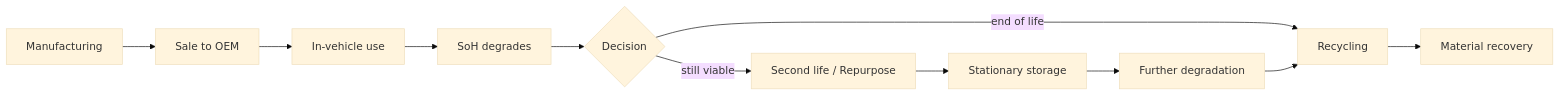
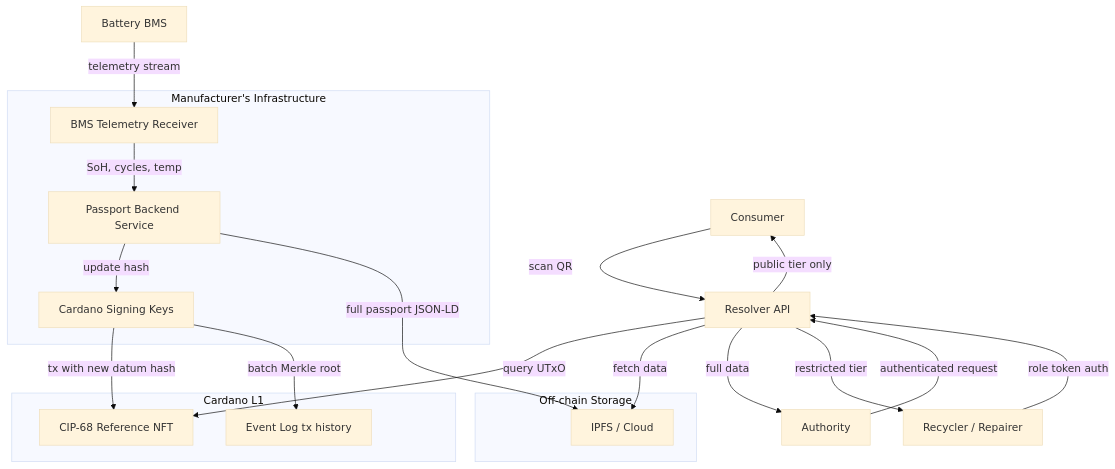
Before and after one commit to lambdasistemi/eu-digital-product-passport: the second of 4 diagrams in docs/cardano/lifecycle.md, drawn with Mermaid (base theme). The commit also changed other lines of this file, not shown here.

Commit message:
feat: rewrite lifecycle — chain of responsibility from regulation, correct interaction model

````diff
--- a/docs/cardano/lifecycle.md
+++ b/docs/cardano/lifecycle.md
@@ -9,13 +69,35 @@
 ```mermaid
-graph LR
-    A[Manufacturing] --> B[Sale to OEM]
-    B --> C[In-vehicle use]
-    C --> D[SoH degrades]
-    D --> E{Decision}
-    E -->|still viable| F[Second life / Repurpose]
-    E -->|end of life| G[Recycling]
-    F --> H[Stationary storage]
-    H --> I[Further degradation]
-    I --> G
-    G --> J[Material recovery]
+graph TD
+    subgraph "Manufacturer's Infrastructure"
+        A[BMS Telemetry Receiver]
+        B[Passport Backend Service]
+        C[Cardano Signing Keys]
+        A -->|SoH, cycles, temp| B
+        B -->|update hash| C
+    end
+
+    subgraph "Cardano L1"
+        D[CIP-68 Reference NFT]
+        E[Event Log tx history]
+        C -->|tx with new datum hash| D
+        C -->|batch Merkle root| E
+    end
+
+    subgraph "Off-chain Storage"
+        F[IPFS / Cloud]
+        B -->|full passport JSON-LD| F
+    end
+
+    G[Consumer] -->|scan QR| H[Resolver API]
+    H -->|query UTxO| D
+    H -->|fetch data| F
+    H -->|public tier only| G
+
+    I[Authority] -->|authenticated request| H
+    H -->|full data| I
+
+    J[Recycler / Repairer] -->|role token auth| H
+    H -->|restricted tier| J
+
+    K[Battery BMS] -->|telemetry stream| A
 ```
````
